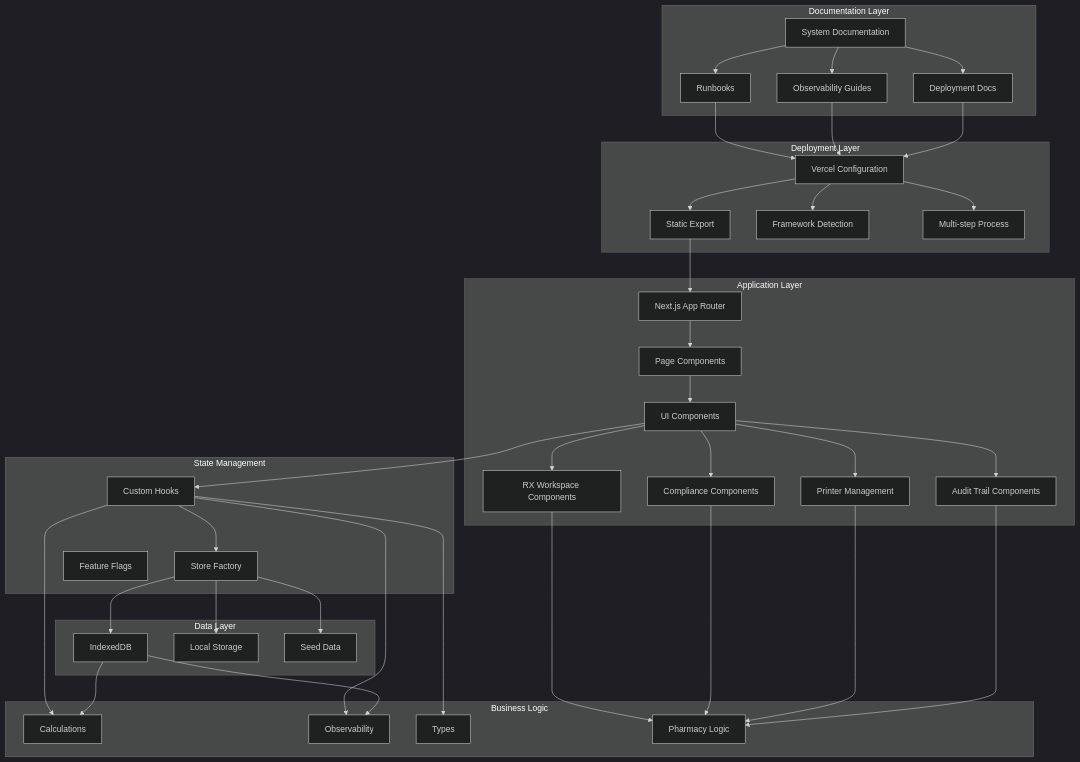
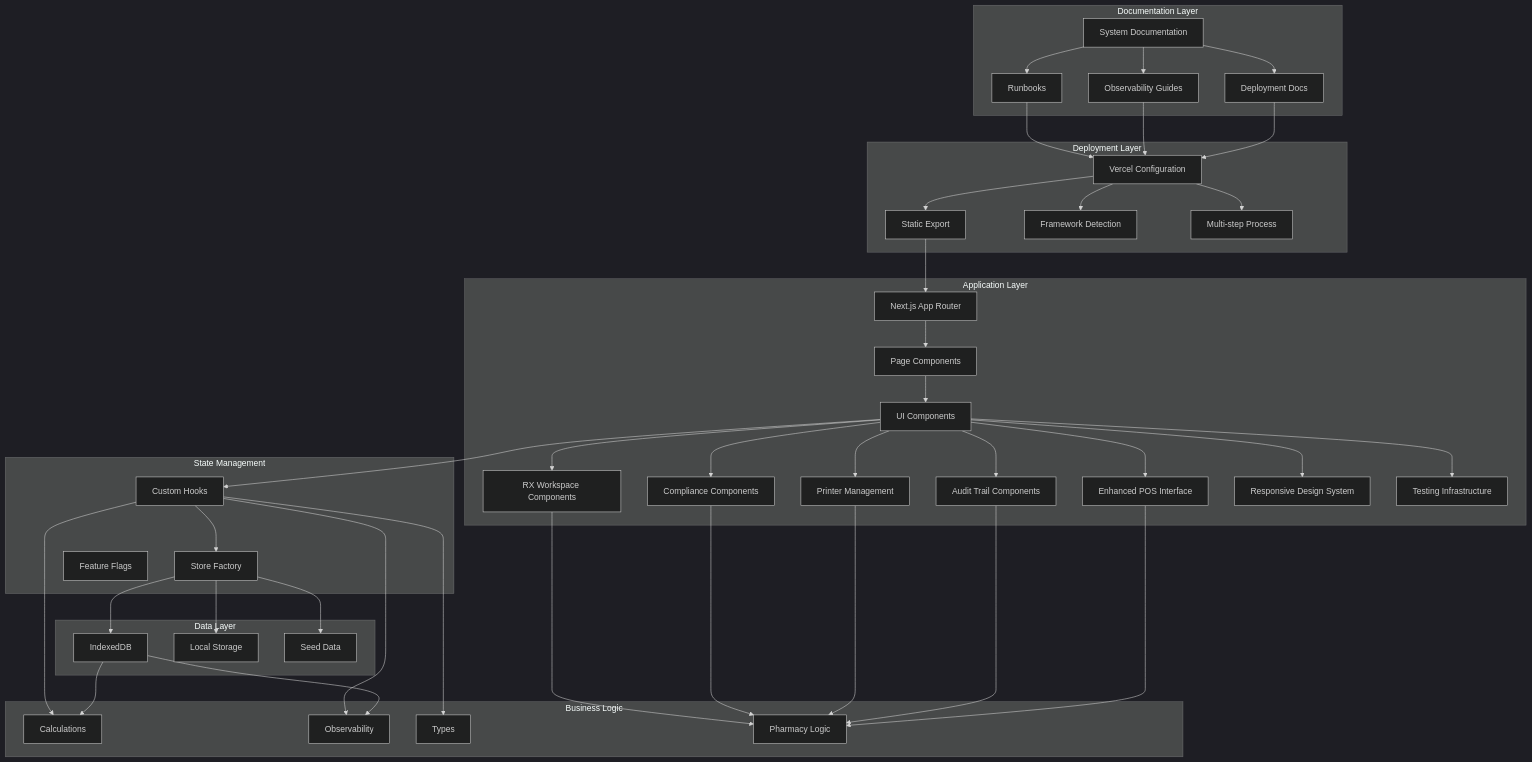
Before and after one commit to yosefdc7/PharmaPOS: the first of 6 diagrams in .qoder/repowiki/en/content/Frontend Interface/Next.js Web POS Prototype/Next.js Web POS Prototype.md, drawn with Mermaid (dark theme). The commit also changed other lines of this file and 103 other files, not shown here.

````diff
--- a/.qoder/repowiki/en/content/Frontend Interface/Next.js Web POS Prototype/Next.js Web POS Prototype.md
+++ b/.qoder/repowiki/en/content/Frontend Interface/Next.js Web POS Prototype/Next.js Web POS Prototype.md
@@ -82,70 +92,77 @@
 ```mermaid
 graph TB
 subgraph "Application Layer"
 A[Next.js App Router]
 B[Page Components]
 C[UI Components]
 D[RX Workspace Components]
 E[Compliance Components]
 F[Printer Management]
 G[Audit Trail Components]
+H[Enhanced POS Interface]
+I[Responsive Design System]
+J[Testing Infrastructure]
 end
 subgraph "State Management"
-H[Custom Hooks]
-I[Store Factory]
-J[Feature Flags]
+K[Custom Hooks]
+L[Store Factory]
+M[Feature Flags]
 end
 subgraph "Data Layer"
-K[IndexedDB]
-L[Local Storage]
-M[Seed Data]
+N[IndexedDB]
+O[Local Storage]
+P[Seed Data]
 end
 subgraph "Business Logic"
-N[Calculations]
-O[Observability]
-P[Types]
-Q[Pharmacy Logic]
+Q[Calculations]
+R[Observability]
+S[Types]
+T[Pharmacy Logic]
 end
 subgraph "Documentation Layer"
-R[System Documentation]
-S[Runbooks]
-T[Observability Guides]
-U[Deployment Docs]
+U[System Documentation]
+V[Runbooks]
+W[Observability Guides]
+X[Deployment Docs]
 end
 subgraph "Deployment Layer"
-V[Vercel Configuration]
-W[Static Export]
-X[Framework Detection]
-Y[Multi-step Process]
+Y[Vercel Configuration]
+Z[Static Export]
+AA[Framework Detection]
+BB[Multi-step Process]
 end
 A --> B
 B --> C
 C --> D
 C --> E
 C --> F
 C --> G
-D --> Q
-E --> Q
-F --> Q
-G --> Q
 C --> H
-H --> I
-I --> K
-I --> L
-I --> M
-H --> N
-H --> O
-H --> P
-K --> N
-K --> O
-R --> S
-R --> T
-R --> U
-S --> V
-T --> V
+C --> I
+C --> J
+D --> T
+E --> T
+F --> T
+G --> T
+H --> T
+C --> K
+K --> L
+L --> N
+L --> O
+L --> P
+K --> Q
+K --> R
+K --> S
+N --> Q
+N --> R
 U --> V
-V --> W
-V --> X
+U --> W
+U --> X
 V --> Y
-W --> A
+W --> Y
+X --> Y
+Y --> Z
+Y --> AA
+Y --> BB
+Z --> A
 ```
````
